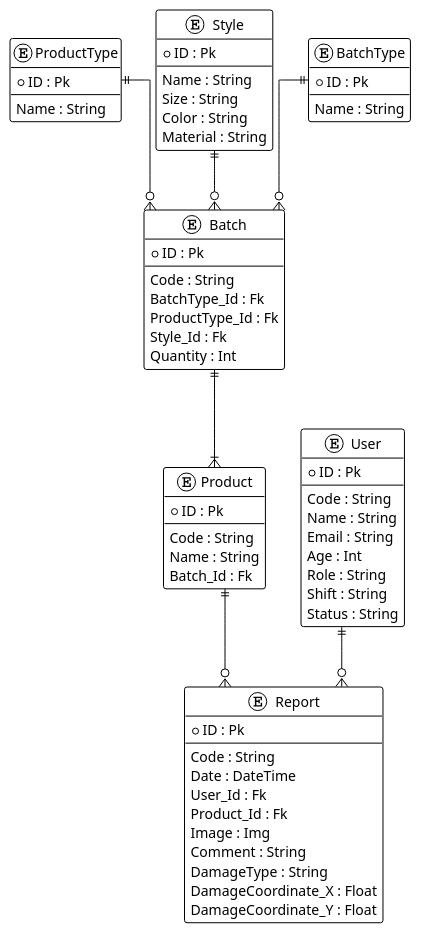
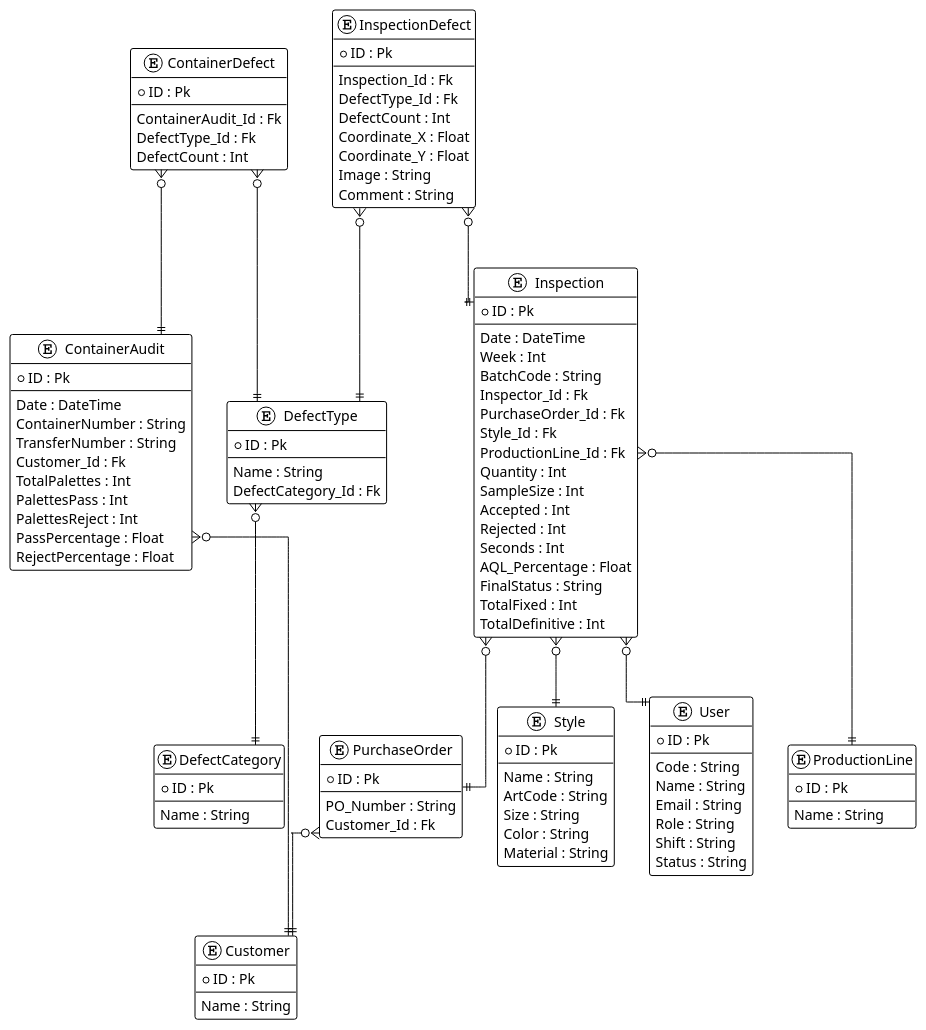
One commit to rurbinaa/Proyecto-Asignatura-Web changed the diagram in docs/diagrams/.plantuml. Above: the diagram before and after it, drawn with PlantUML. The commit also changed 3 other files, not shown here.

```diff
--- a/docs/diagrams/.plantuml
+++ b/docs/diagrams/.plantuml
@@ -1,80 +1,131 @@
 @startuml Uniwell_Database_Model
 
 !theme plain
 top to bottom direction
 skinparam linetype ortho
-
-entity "ProductType" as ProductType {
-    * ID : Pk
-    --
-    Name : String
-}
-
-entity "Style" as Style {
-    * ID : Pk
-    --
-    Name : String
-    Size : String
-    Color : String
-    Material : String
-}
-
-entity "BatchType" as BatchType {
-    * ID : Pk
-    --
-    Name : String
-}
-
-entity "Batch" as Batch {
-    * ID : Pk
-    --
-    Code : String
-    BatchType_Id : Fk
-    ProductType_Id : Fk
-    Style_Id : Fk
-    Quantity : Int
-}
-
-entity "Product" as Product {
-    * ID : Pk
-    --
-    Code : String
-    Name : String
-    Batch_Id : Fk
-}
-
-entity "Report" as Report {
-    * ID : Pk
-    --
-    Code : String
-    Date : DateTime
-    User_Id : Fk
-    Product_Id : Fk
-    Image : Img
-    Comment : String
-    DamageType : String
-    DamageCoordinate_X : Float
-    DamageCoordinate_Y : Float
-}
 
 entity "User" as User {
     * ID : Pk
     --
     Code : String
     Name : String
     Email : String
-    Age : Int
     Role : String
     Shift : String
     Status : String
 }
 
+entity "Customer" as Customer {
+    * ID : Pk
+    --
+    Name : String
+}
+
+entity "ProductionLine" as ProductionLine {
+    * ID : Pk
+    --
+    Name : String
+}
+
+entity "PurchaseOrder" as PurchaseOrder {
+    * ID : Pk
+    --
+    PO_Number : String
+    Customer_Id : Fk
+}
+
+entity "Style" as Style {
+    * ID : Pk
+    --
+    Name : String
+    ArtCode : String
+    Size : String
+    Color : String
+    Material : String
+}
+
+entity "DefectCategory" as DefectCategory {
+    * ID : Pk
+    --
+    Name : String
+}
+
+entity "DefectType" as DefectType {
+    * ID : Pk
+    --
+    Name : String
+    DefectCategory_Id : Fk
+}
+
+entity "Inspection" as Inspection {
+    * ID : Pk
+    --
+    Date : DateTime
+    Week : Int
+    BatchCode : String
+    Inspector_Id : Fk
+    PurchaseOrder_Id : Fk
+    Style_Id : Fk
+    ProductionLine_Id : Fk
+    Quantity : Int
+    SampleSize : Int
+    Accepted : Int
+    Rejected : Int
+    Seconds : Int
+    AQL_Percentage : Float
+    FinalStatus : String
+    TotalFixed : Int
+    TotalDefinitive : Int
+}
+
+entity "InspectionDefect" as InspectionDefect {
+    * ID : Pk
+    --
+    Inspection_Id : Fk
+    DefectType_Id : Fk
+    DefectCount : Int
+    Coordinate_X : Float
+    Coordinate_Y : Float
+    Image : String
+    Comment : String
+}
+
+entity "ContainerAudit" as ContainerAudit {
+    * ID : Pk
+    --
+    Date : DateTime
+    ContainerNumber : String
+    TransferNumber : String
+    Customer_Id : Fk
+    TotalPalettes : Int
+    PalettesPass : Int
+    PalettesReject : Int
+    PassPercentage : Float
+    RejectPercentage : Float
+}
+
+entity "ContainerDefect" as ContainerDefect {
+    * ID : Pk
+    --
+    ContainerAudit_Id : Fk
+    DefectType_Id : Fk
+    DefectCount : Int
+}
+
 ' Relaciones
-ProductType ||--o{ Batch
-Style ||--o{ Batch
-BatchType ||--o{ Batch
-Batch ||--|{ Product
-Product ||--o{ Report
-User ||--o{ Report
+PurchaseOrder }o--|| Customer
+Inspection }o--|| PurchaseOrder
+Inspection }o--|| Style
+Inspection }o--|| ProductionLine
+Inspection }o--|| User
+
+DefectType }o--|| DefectCategory
+
+InspectionDefect }o--|| Inspection
+InspectionDefect }o--|| DefectType
+
+ContainerAudit }o--|| Customer
+ContainerDefect }o--|| ContainerAudit
+ContainerDefect }o--|| DefectType
 
 @enduml
```
